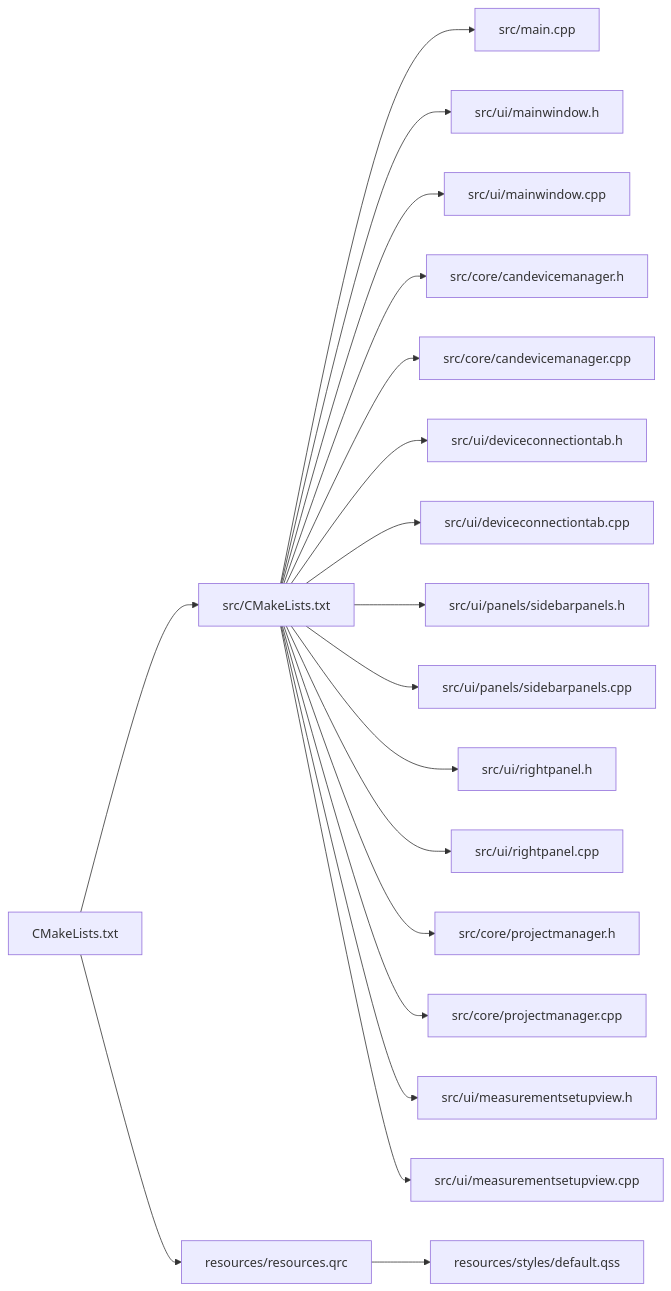
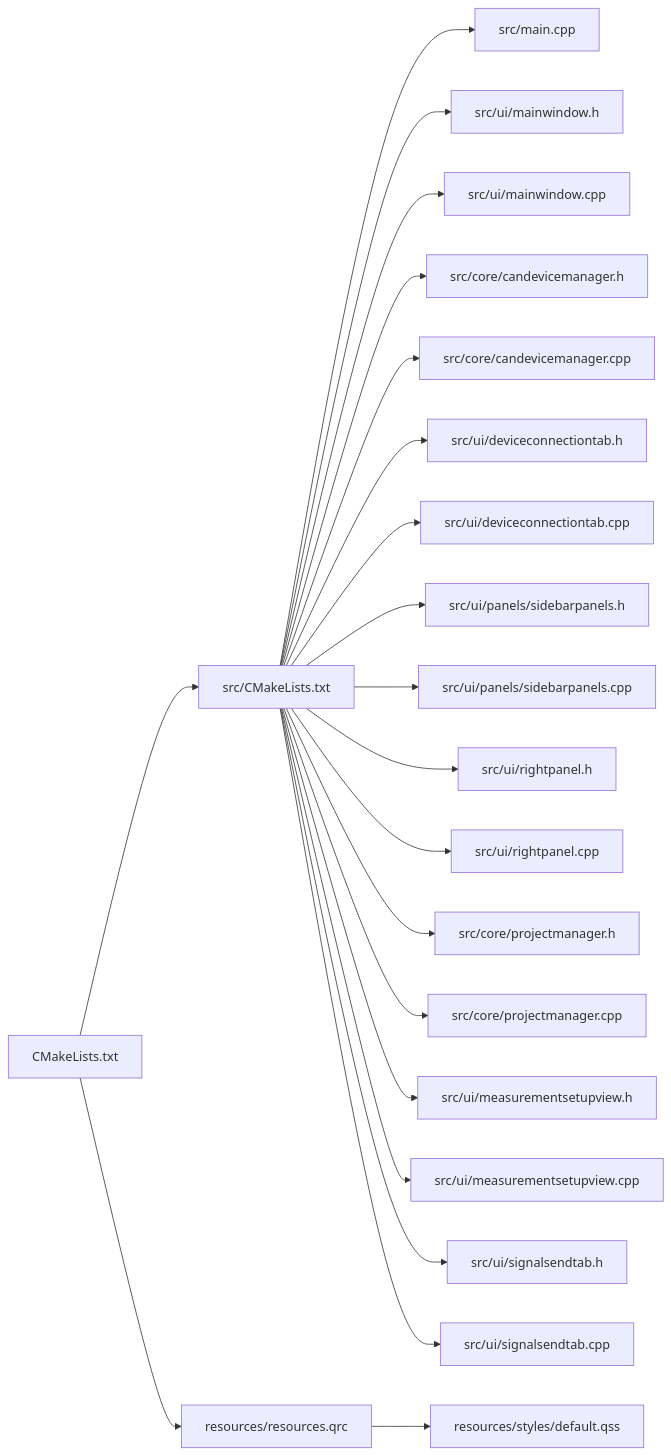
One commit to jakecai1225-design/OpenBus changed diagram 12 of 12 in .qoder/repowiki/zh/content/核心模块详解/主窗口组件.md. Above: the diagram before and after it, drawn with Mermaid. The commit also changed other lines of this file and 38 other files, not shown here.

````diff
--- a/.qoder/repowiki/zh/content/核心模块详解/主窗口组件.md
+++ b/.qoder/repowiki/zh/content/核心模块详解/主窗口组件.md
@@ -596,21 +666,23 @@
 ```mermaid
 graph LR
 CMake["CMakeLists.txt"] --> SrcCMake["src/CMakeLists.txt"]
 SrcCMake --> MainCPP["src/main.cpp"]
 SrcCMake --> MW_H["src/ui/mainwindow.h"]
 SrcCMake --> MW_CPP["src/ui/mainwindow.cpp"]
 SrcCMake --> CDM_H["src/core/candevicemanager.h"]
 SrcCMake --> CDM_CPP["src/core/candevicemanager.cpp"]
 SrcCMake --> DCT_H["src/ui/deviceconnectiontab.h"]
 SrcCMake --> DCT_CPP["src/ui/deviceconnectiontab.cpp"]
 SrcCMake --> SP_H["src/ui/panels/sidebarpanels.h"]
 SrcCMake --> SP_CPP["src/ui/panels/sidebarpanels.cpp"]
 SrcCMake --> RP_H["src/ui/rightpanel.h"]
 SrcCMake --> RP_CPP["src/ui/rightpanel.cpp"]
 SrcCMake --> PM_H["src/core/projectmanager.h"]
 SrcCMake --> PM_CPP["src/core/projectmanager.cpp"]
 SrcCMake --> MSV_H["src/ui/measurementsetupview.h"]
 SrcCMake --> MSV_CPP["src/ui/measurementsetupview.cpp"]
+SrcCMake --> SST_H["src/ui/signalsendtab.h"]
+SrcCMake --> SST_CPP["src/ui/signalsendtab.cpp"]
 CMake --> QRC["resources/resources.qrc"]
 QRC --> QSS["resources/styles/default.qss"]
 ```
````
